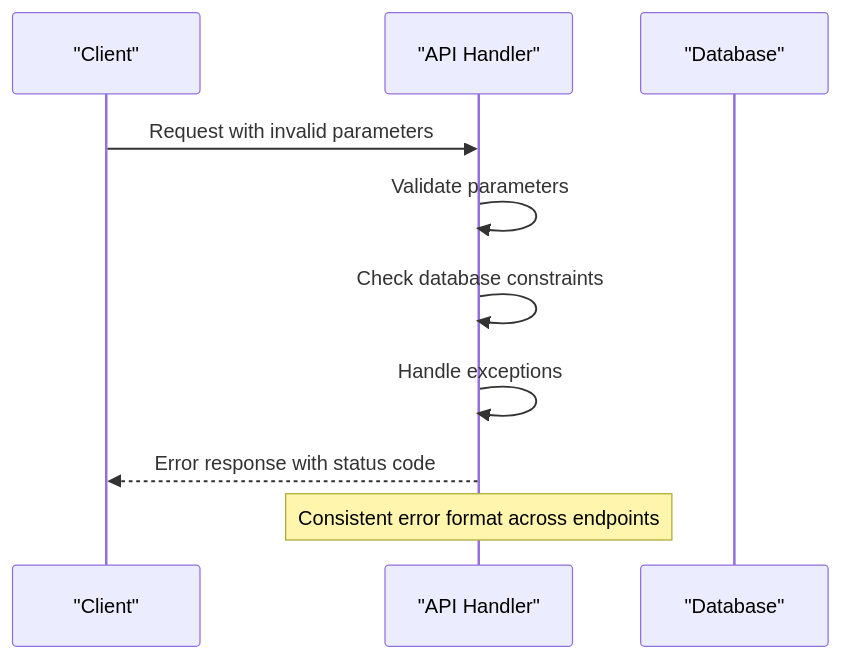
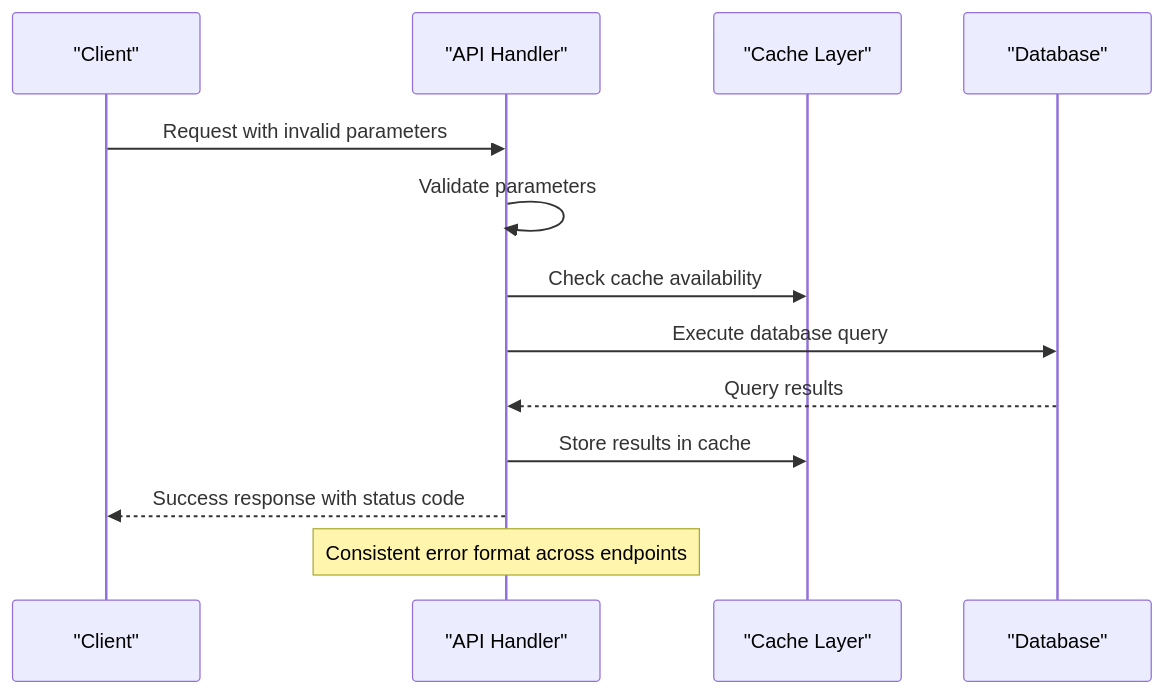
The fourth of 4 diagrams in .qoder/repowiki/en/content/Backend API Documentation/Backend API Documentation.md (zbw-zbw/news-aggregator), drawn with Mermaid before and after one commit. The commit also changed other lines of this file and 9 other files, not shown here.

````diff
--- a/.qoder/repowiki/en/content/Backend API Documentation/Backend API Documentation.md
+++ b/.qoder/repowiki/en/content/Backend API Documentation/Backend API Documentation.md
@@ -415,12 +447,15 @@
 ```mermaid
 sequenceDiagram
 participant Client as "Client"
 participant API as "API Handler"
+participant Cache as "Cache Layer"
 participant DB as "Database"
 Client->>API : Request with invalid parameters
 API->>API : Validate parameters
-API->>API : Check database constraints
-API->>API : Handle exceptions
-API-->>Client : Error response with status code
+API->>Cache : Check cache availability
+API->>DB : Execute database query
+DB-->>API : Query results
+API->>Cache : Store results in cache
+API-->>Client : Success response with status code
 Note over API : Consistent error format across endpoints
 ```
````
